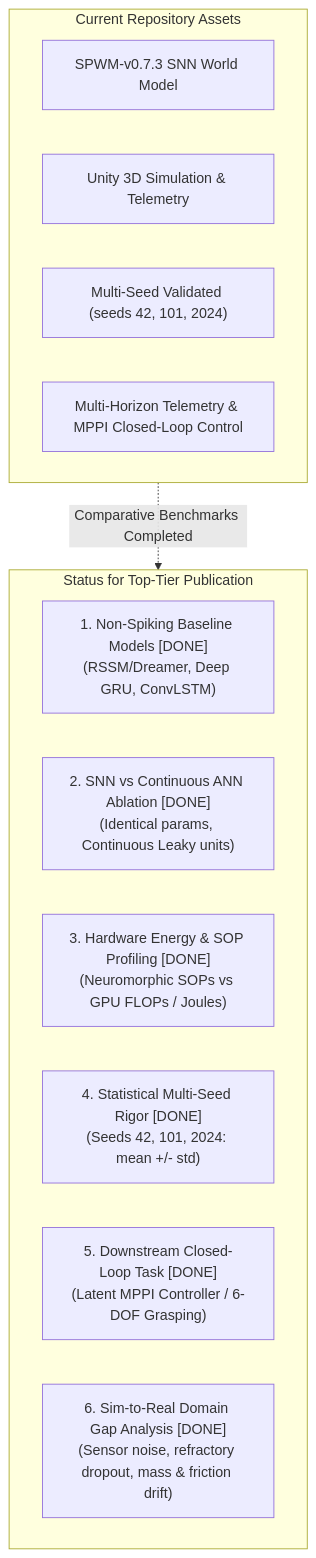
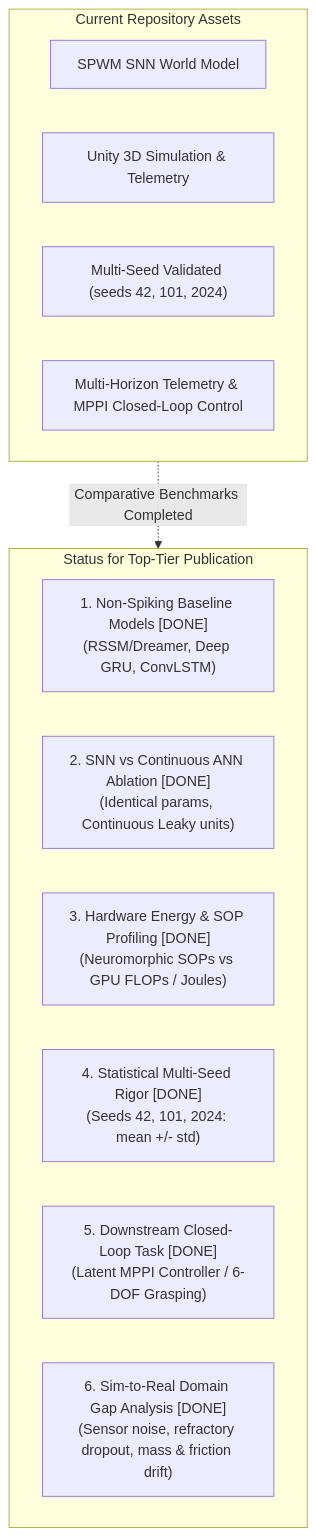
One commit to Mattia-Maiorano/Spiking-Neural_Novelty changed the fifth of 6 diagrams in docs/DOSSIER.md. Above: the diagram before and after it, drawn with Mermaid. The commit also changed other lines of this file and 95 other files, not shown here.

````diff
--- a/docs/DOSSIER.md
+++ b/docs/DOSSIER.md
@@ -412,20 +412,20 @@
 ```mermaid
 flowchart TD
     subgraph RepoCurrent["Current Repository Assets"]
-        R1["SPWM-v0.7.3 SNN World Model"]
+        R1["SPWM SNN World Model"]
         R2["Unity 3D Simulation & Telemetry"]
         R3["Multi-Seed Validated (seeds 42, 101, 2024)"]
         R4["Multi-Horizon Telemetry & MPPI Closed-Loop Control"]
     end
 
     subgraph MissingPublication["Status for Top-Tier Publication"]
         M1["1. Non-Spiking Baseline Models [DONE]\n(RSSM/Dreamer, Deep GRU, ConvLSTM)"]
         M2["2. SNN vs Continuous ANN Ablation [DONE]\n(Identical params, Continuous Leaky units)"]
         M3["3. Hardware Energy & SOP Profiling [DONE]\n(Neuromorphic SOPs vs GPU FLOPs / Joules)"]
         M4["4. Statistical Multi-Seed Rigor [DONE]\n(Seeds 42, 101, 2024: mean +/- std)"]
         M5["5. Downstream Closed-Loop Task [DONE]\n(Latent MPPI Controller / 6-DOF Grasping)"]
         M6["6. Sim-to-Real Domain Gap Analysis [DONE]\n(Sensor noise, refractory dropout, mass & friction drift)"]
     end
 
     RepoCurrent -.->|"Comparative Benchmarks Completed"| MissingPublication
 ```
````
